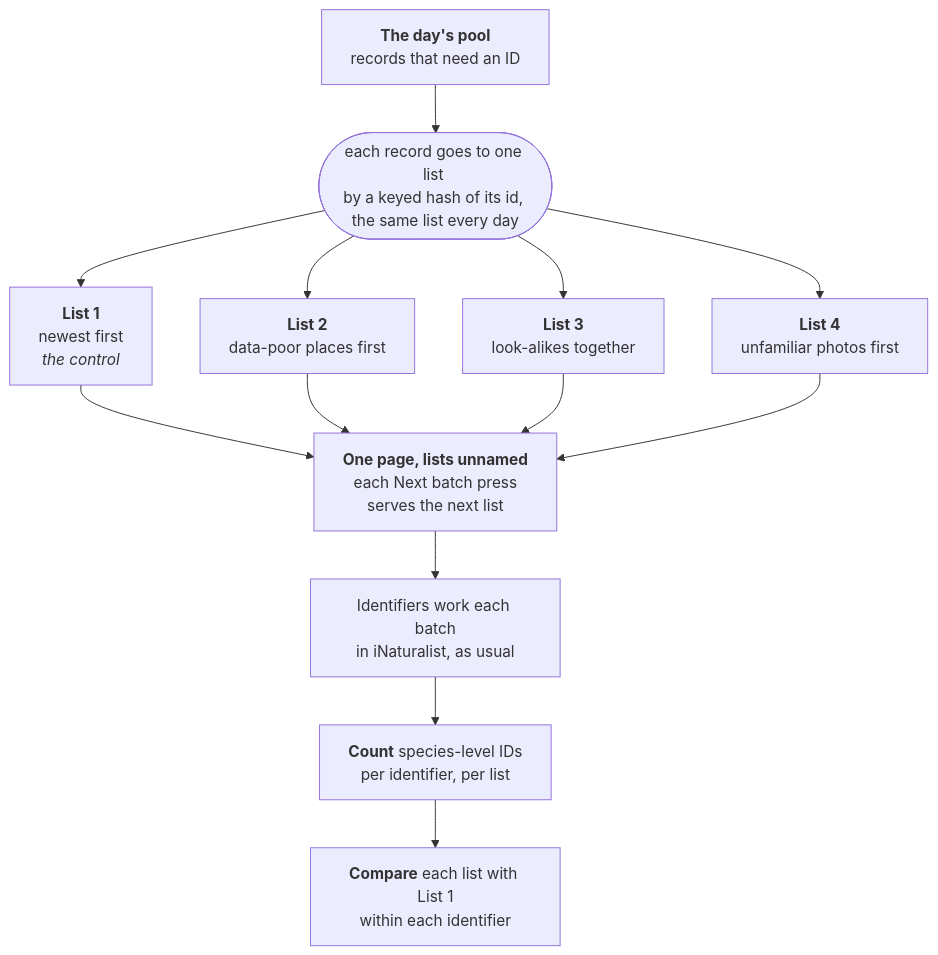
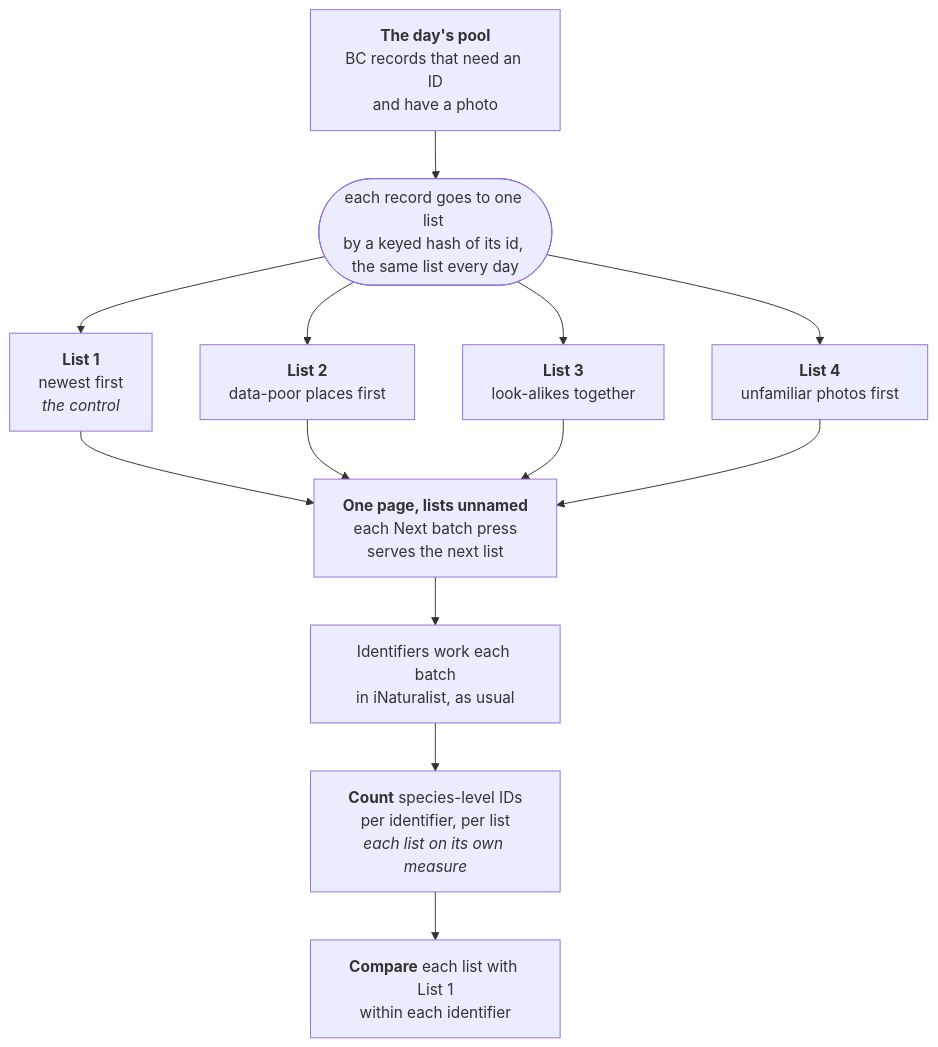
The diagram in README.md (PollockLab/what-to-id), drawn with Mermaid before and after one commit. The commit also changed other lines of this file, not shown here.

Commit message:
docs(readme): rename the diagram section and align it with the measures
The pool box says BC records with a photo, and the count box says each list is judged on its own measure. The current-page note now says all four lists.

````diff
--- a/README.md
+++ b/README.md
@@ -21,16 +21,16 @@
 ```mermaid
 flowchart TB
-  pool["<b>The day's pool</b><br/>records that need an ID"]
+  pool["<b>The day's pool</b><br/>BC records that need an ID<br/>and have a photo"]
   split(["`each record goes to one list 
   by a keyed hash of its id, 
   the same list every day`"])
   pool --> split
   split --> L1["<b>List 1</b><br/>newest first<br/><i>the control</i>"]
   split --> L2["<b>List 2</b><br/>data-poor places first"]
   split --> L3["<b>List 3</b><br/>look-alikes together"]
   split --> L4["<b>List 4</b><br/>unfamiliar photos first"]
   L1 & L2 & L3 & L4 --> page["<b>One page, lists unnamed</b><br/>each Next batch press<br/>serves the next list"]
   page --> work["Identifiers work each batch<br/>in iNaturalist, as usual"]
-  work --> count["<b>Count</b> species-level IDs<br/>per identifier, per list"]
+  work --> count["<b>Count</b> species-level IDs<br/>per identifier, per list<br/><i>each list on its own measure</i>"]
   count --> cmp["<b>Compare</b> each list with List 1<br/>within each identifier"]
 ```
````
